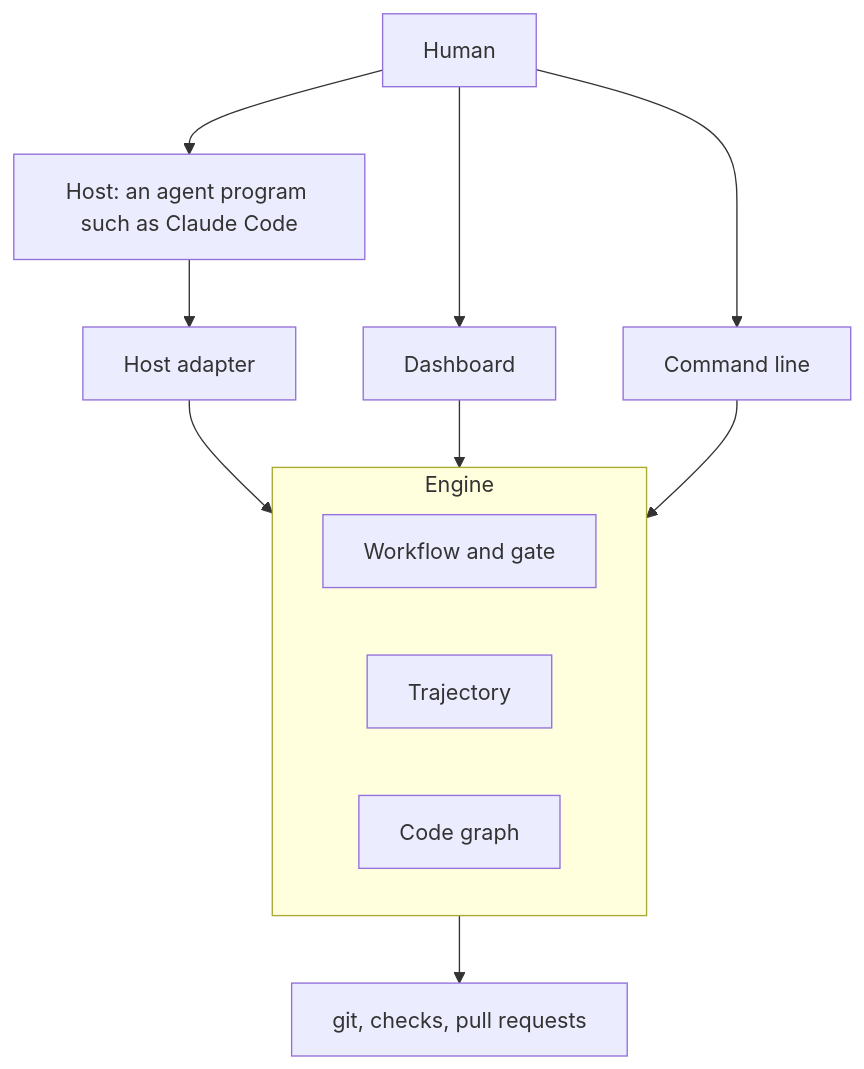
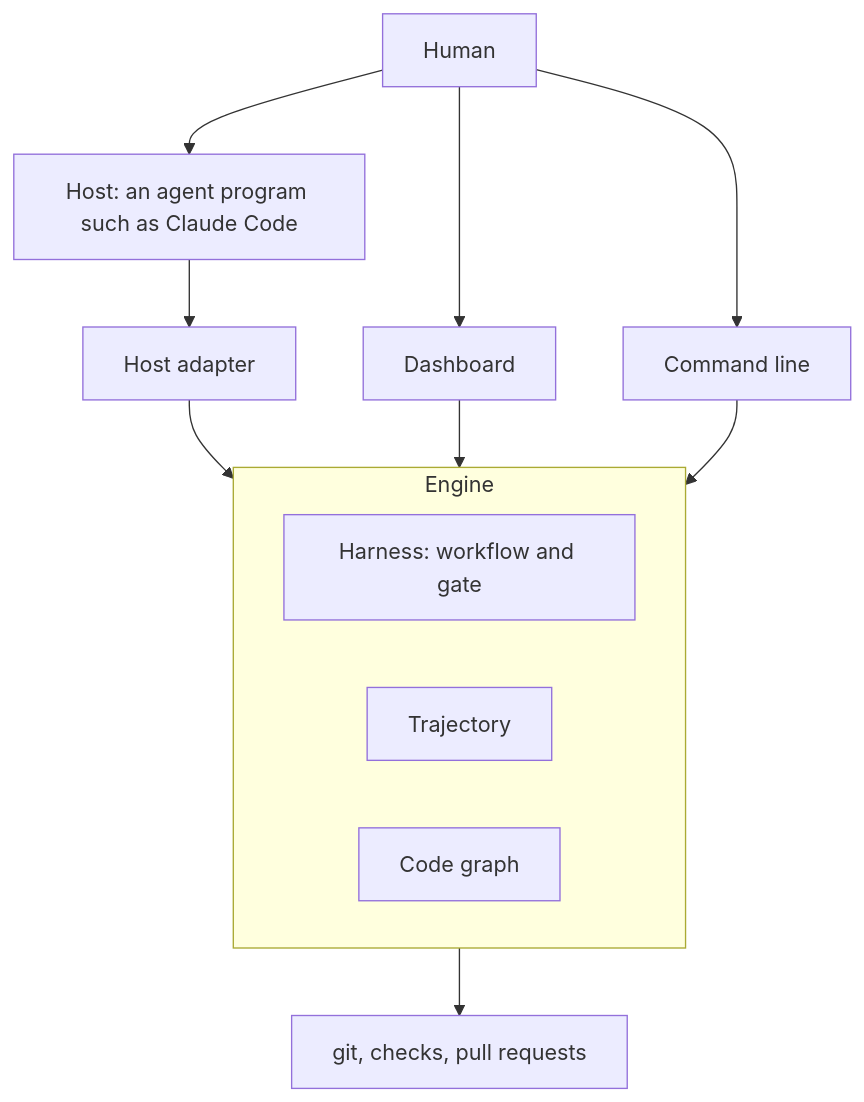
One commit to trustmybot/tmb changed the diagram in docs/architecture/README.md. Above: the diagram before and after it, drawn with Mermaid. The commit also changed 4 other files, not shown here.

Commit message:
📝 docs(architecture): cold start, and harness as the third pillar

````diff
--- a/docs/architecture/README.md
+++ b/docs/architecture/README.md
@@ -9,16 +9,16 @@
 ```mermaid
 flowchart TD
     H[Human] --> Host[Host: an agent program such as Claude Code]
     H --> D[Dashboard]
     H --> C[Command line]
     Host --> A[Host adapter]
     A --> E
     D --> E
     C --> E
     subgraph E[Engine]
-        W[Workflow and gate]
+        W[Harness: workflow and gate]
         T[Trajectory]
         G[Code graph]
     end
     E --> Git[git, checks, pull requests]
 ```
````
